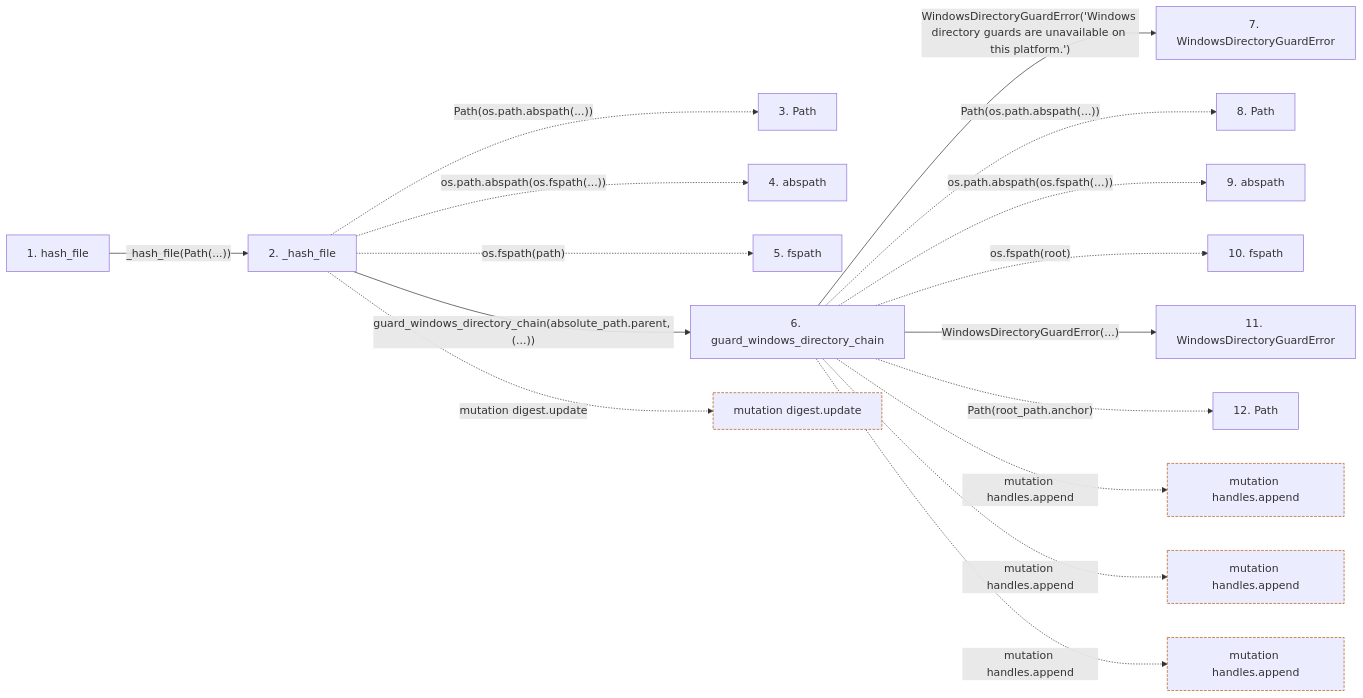
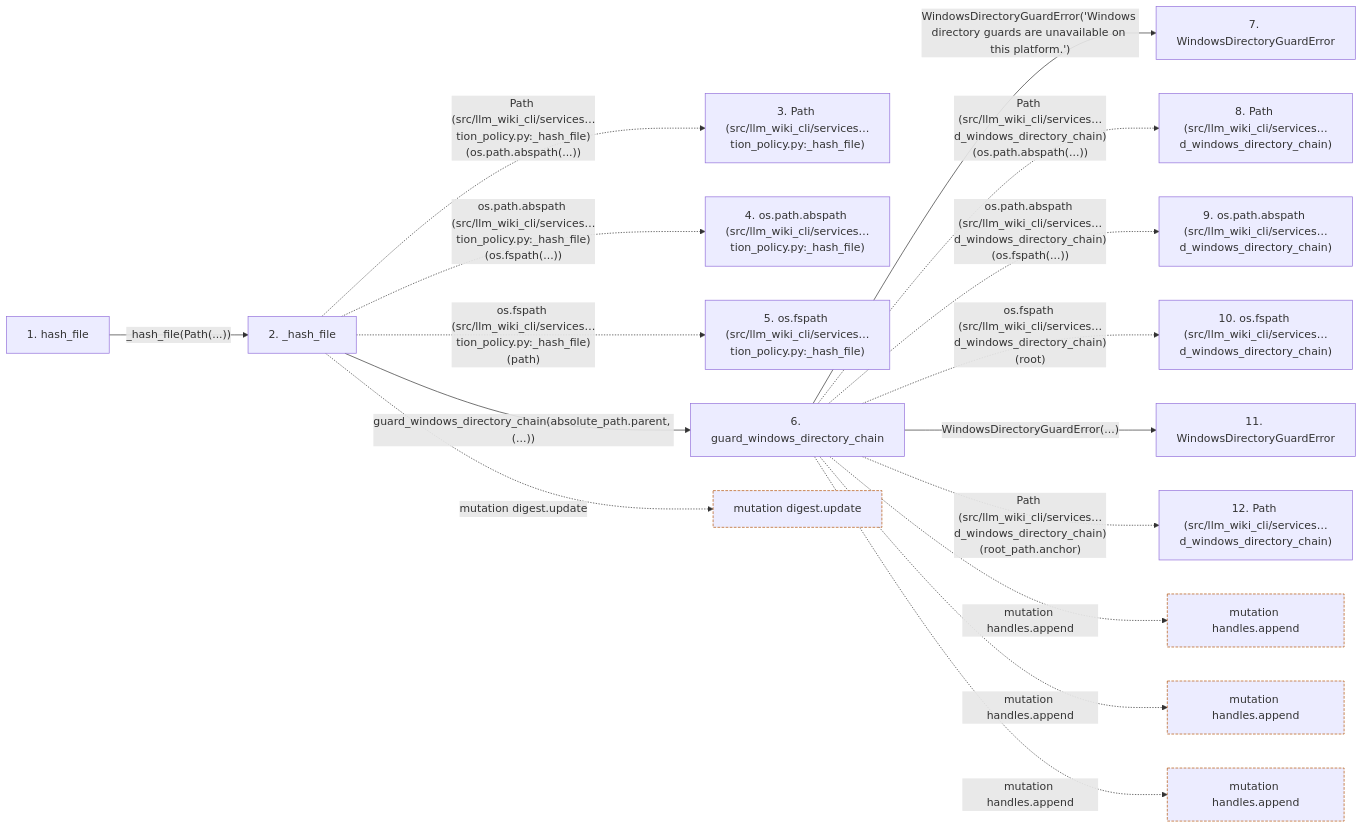
One commit to Denissvgn/python-wiki-llm changed the second of 2 diagrams in docs/llm_wiki/flows/api-hash_file-documentation_policy.md. Above: the diagram before and after it, drawn with Mermaid. The commit also changed other lines of this file and 719 other files, not shown here.

````diff
--- a/docs/llm_wiki/flows/api-hash_file-documentation_policy.md
+++ b/docs/llm_wiki/flows/api-hash_file-documentation_policy.md
@@ -71,44 +76,44 @@
 ```mermaid
 flowchart LR
     s1["1. hash_file"]
     s2["2. _hash_file"]
-    s3["3. Path"]
-    s4["4. abspath"]
-    s5["5. fspath"]
+    s3["3. Path (src/llm_wiki_cli/services…tion_policy.py:_hash_file)"]
+    s4["4. os.path.abspath (src/llm_wiki_cli/services…tion_policy.py:_hash_file)"]
+    s5["5. os.fspath (src/llm_wiki_cli/services…tion_policy.py:_hash_file)"]
     s6["6. guard_windows_directory_chain"]
     s7["7. WindowsDirectoryGuardError"]
-    s8["8. Path"]
-    s9["9. abspath"]
-    s10["10. fspath"]
+    s8["8. Path (src/llm_wiki_cli/services…d_windows_directory_chain)"]
+    s9["9. os.path.abspath (src/llm_wiki_cli/services…d_windows_directory_chain)"]
+    s10["10. os.fspath (src/llm_wiki_cli/services…d_windows_directory_chain)"]
     s11["11. WindowsDirectoryGuardError"]
-    s12["12. Path"]
+    s12["12. Path (src/llm_wiki_cli/services…d_windows_directory_chain)"]
     s1 -->|"_hash_file(Path(...))"| s2
-    s2 -. "Path(os.path.abspath(...))" .-> s3
-    s2 -. "os.path.abspath(os.fspath(...))" .-> s4
-    s2 -. "os.fspath(path)" .-> s5
+    s2 -. "Path (src/llm_wiki_cli/services…tion_policy.py:_hash_file)(os.path.abspath(...))" .-> s3
+    s2 -. "os.path.abspath (src/llm_wiki_cli/services…tion_policy.py:_hash_file)(os.fspath(...))" .-> s4
+    s2 -. "os.fspath (src/llm_wiki_cli/services…tion_policy.py:_hash_file)(path)" .-> s5
     s2 -->|"guard_windows_directory_chain(absolute_path.parent, (...))"| s6
     s6 -->|"WindowsDirectoryGuardError('Windows directory guards are unavailable on this platform.')"| s7
-    s6 -. "Path(os.path.abspath(...))" .-> s8
-    s6 -. "os.path.abspath(os.fspath(...))" .-> s9
-    s6 -. "os.fspath(root)" .-> s10
+    s6 -. "Path (src/llm_wiki_cli/services…d_windows_directory_chain)(os.path.abspath(...))" .-> s8
+    s6 -. "os.path.abspath (src/llm_wiki_cli/services…d_windows_directory_chain)(os.fspath(...))" .-> s9
+    s6 -. "os.fspath (src/llm_wiki_cli/services…d_windows_directory_chain)(root)" .-> s10
     s6 -->|"WindowsDirectoryGuardError(...)"| s11
-    s6 -. "Path(root_path.anchor)" .-> s12
+    s6 -. "Path (src/llm_wiki_cli/services…d_windows_directory_chain)(root_path.anchor)" .-> s12
     b0["mutation digest.update"]
     s2 -. "mutation digest.update" .-> b0
     b1["mutation handles.append"]
     s6 -. "mutation handles.append" .-> b1
     b2["mutation handles.append"]
     s6 -. "mutation handles.append" .-> b2
     b3["mutation handles.append"]
     s6 -. "mutation handles.append" .-> b3
     click s1 "../modules/documentation_policy.md"
     click s2 "../modules/documentation_policy.md"
     click s6 "../modules/filesystem_guard.md"
     click s7 "../modules/filesystem_guard.md"
     click s11 "../modules/filesystem_guard.md"
     classDef boundary stroke:#b45309,stroke-dasharray: 4 2
     class b0 boundary
     class b1 boundary
     class b2 boundary
     class b3 boundary
 ```
````
